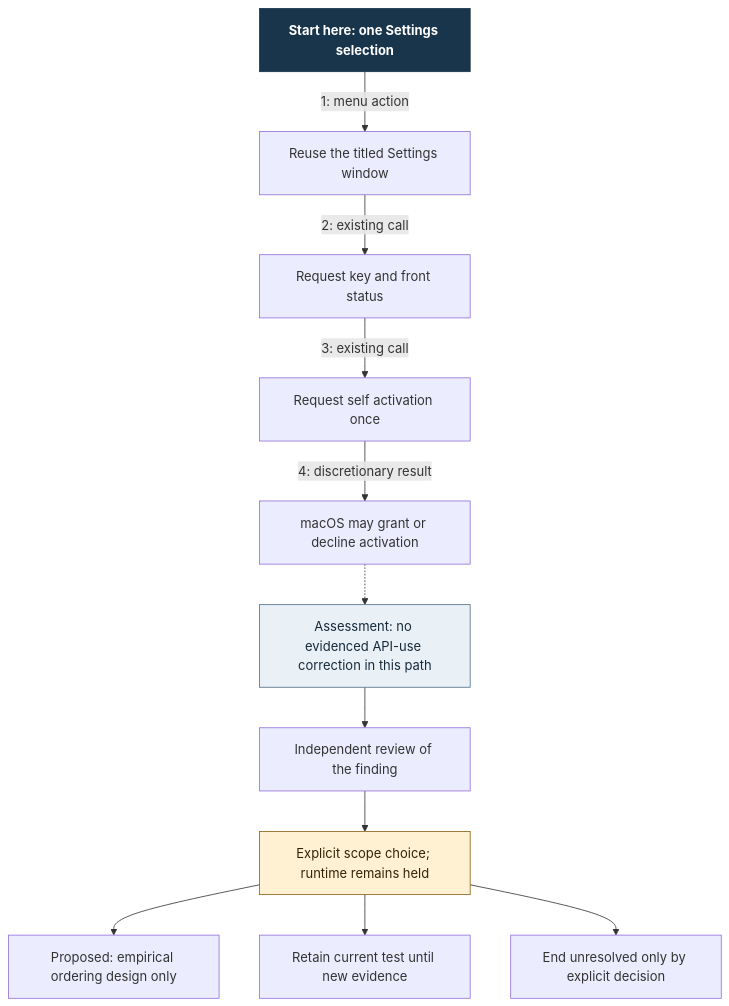
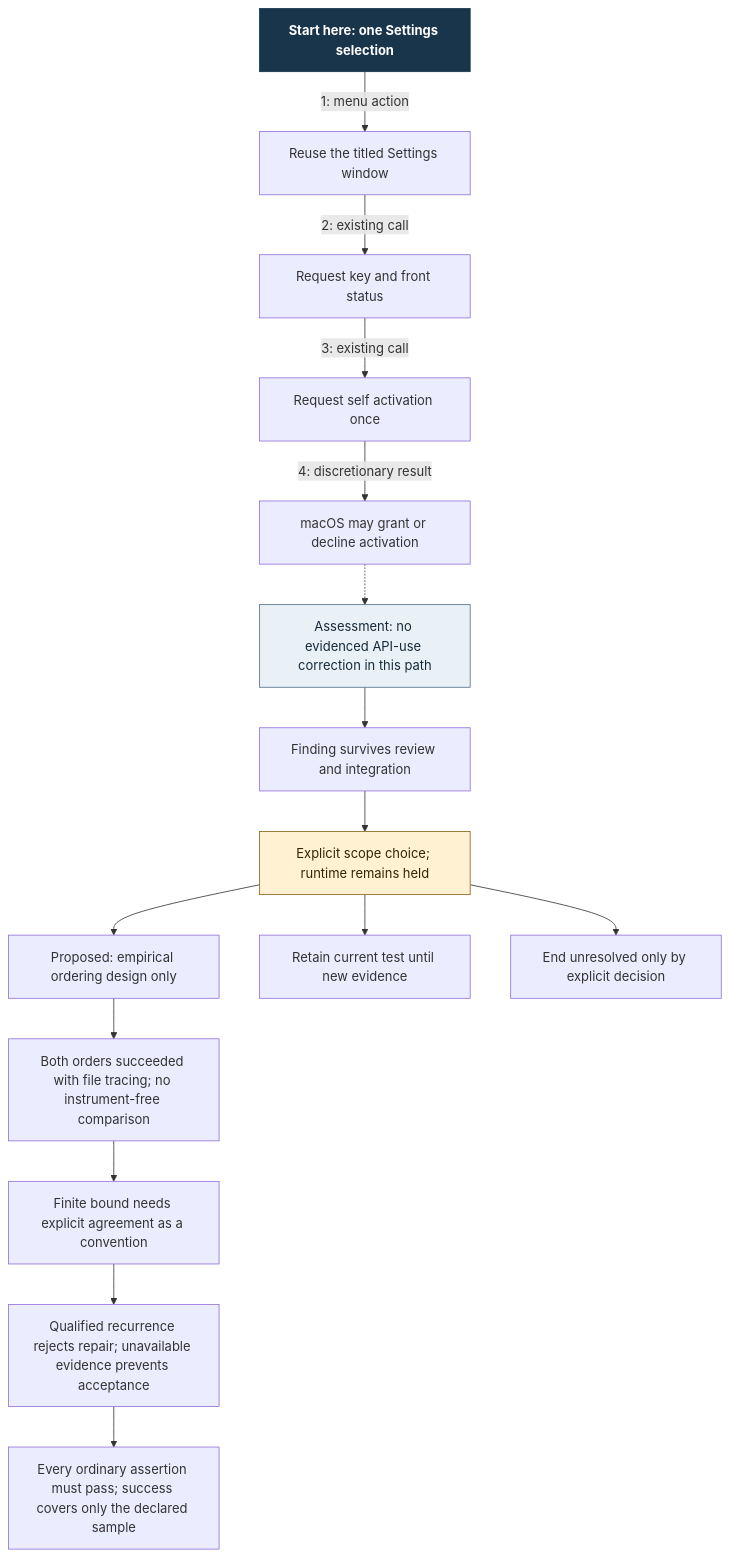
Before and after one commit to Linkuistics/Koine: the diagram in docs/design/architecture/settings-activation/correction-assessment.mmd, drawn with Mermaid. The commit also changed 18 other files, not shown here.

```diff
--- a/docs/design/architecture/settings-activation/correction-assessment.mmd
+++ b/docs/design/architecture/settings-activation/correction-assessment.mmd
@@ -1,15 +1,19 @@
 flowchart TD
     S["Start here: one Settings selection"]:::start
     S -->|1: menu action| W["Reuse the titled Settings window"]
     W -->|2: existing call| K["Request key and front status"]
     K -->|3: existing call| A["Request self activation once"]
     A -->|4: discretionary result| O["macOS may grant or decline activation"]
     O -.-> F["Assessment: no evidenced API-use correction in this path"]:::finding
-    F --> R["Independent review of the finding"]
+    F --> R["Finding survives review and integration"]
     R --> Q["Explicit scope choice; runtime remains held"]:::hold
     Q --> E["Proposed: empirical ordering design only"]
+    E --> I["Both orders succeeded with file tracing; no instrument-free comparison"]
+    I --> C["Finite bound needs explicit agreement as a convention"]
+    C --> P["Qualified recurrence rejects repair; unavailable evidence prevents acceptance"]
+    P --> B["Every ordinary assertion must pass; success covers only the declared sample"]
     Q --> H["Retain current test until new evidence"]
     Q --> U["End unresolved only by explicit decision"]
     classDef start fill:#19354b,color:#fff,font-weight:bold,stroke:#19354b
     classDef finding fill:#e9f0f6,color:#152a3a,stroke:#526f87
     classDef hold fill:#fff1d2,color:#322600,stroke:#866216
```
